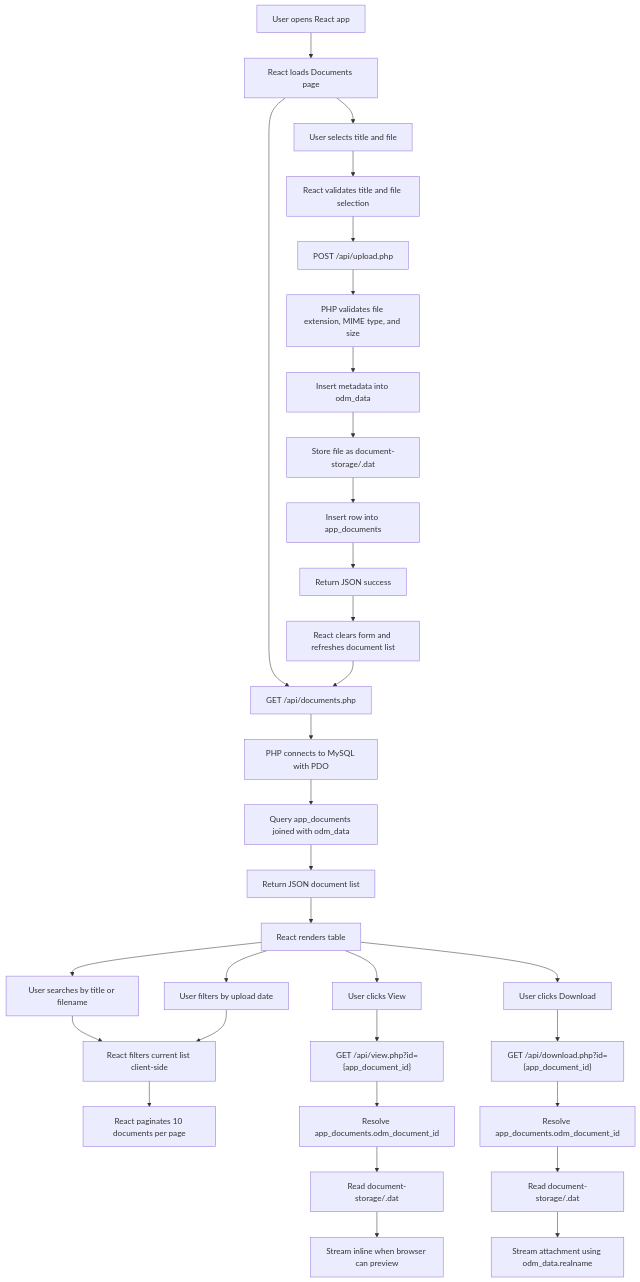
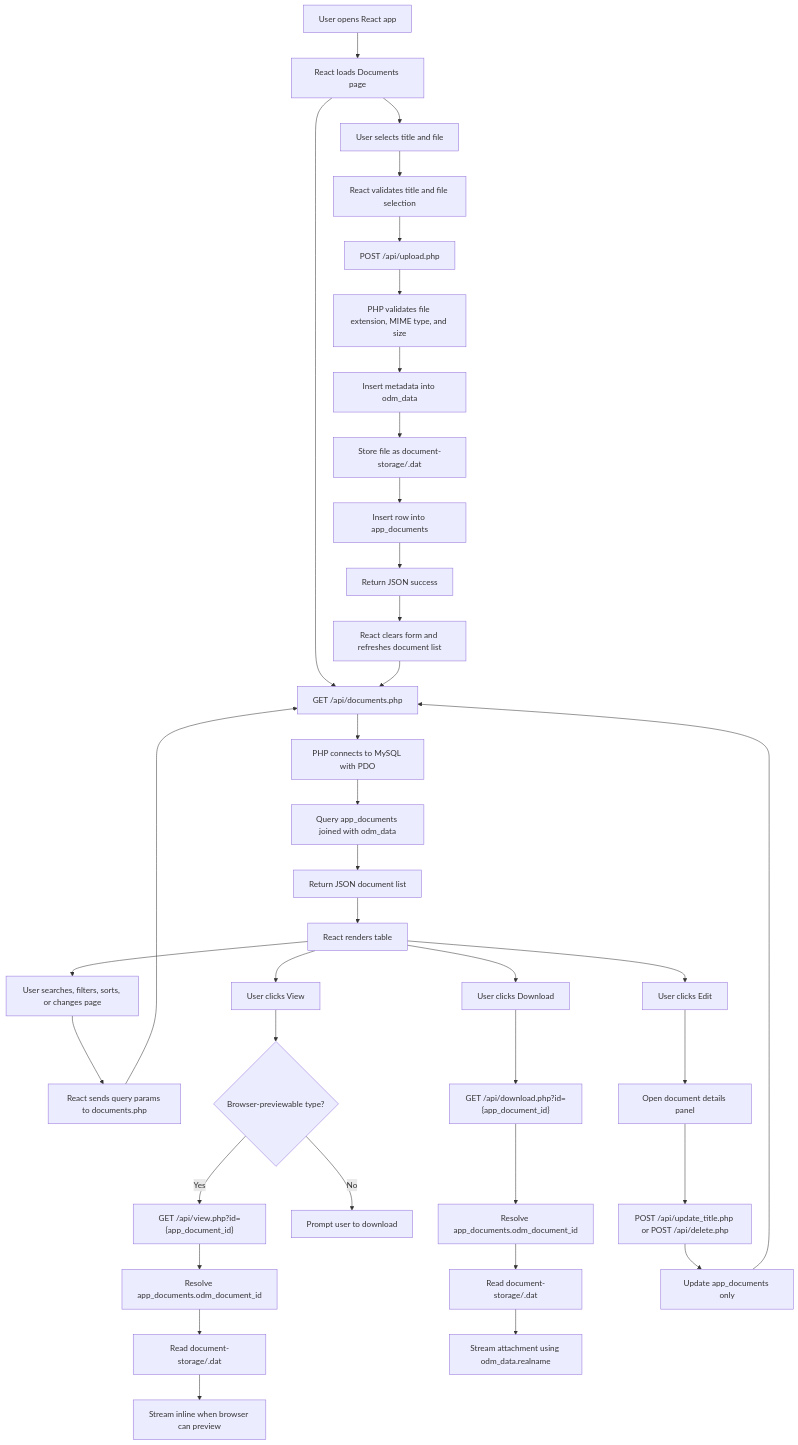
One commit to debarshiputatunda/Document-Manager-using-opendocman changed the diagram in DOCUMENTATION.md. Above: the diagram before and after it, drawn with Mermaid. The commit also changed other lines of this file and 21 other files, not shown here.

````diff
--- a/DOCUMENTATION.md
+++ b/DOCUMENTATION.md
@@ -284,39 +422,44 @@
 ```mermaid
 flowchart TD
     A["User opens React app"] --> B["React loads Documents page"]
     B --> C["GET /api/documents.php"]
     C --> D["PHP connects to MySQL with PDO"]
     D --> E["Query app_documents joined with odm_data"]
     E --> F["Return JSON document list"]
     F --> G["React renders table"]
 
-    G --> H["User searches by title or filename"]
-    H --> I["React filters current list client-side"]
-    I --> J["React paginates 10 documents per page"]
-
-    G --> K["User filters by upload date"]
-    K --> I
+    G --> H["User searches, filters, sorts, or changes page"]
+    H --> I["React sends query params to documents.php"]
+    I --> C
 
     G --> L["User clicks View"]
-    L --> M["GET /api/view.php?id={app_document_id}"]
+    L --> L1{"Browser-previewable type?"}
+    L1 -->|Yes| M["GET /api/view.php?id={app_document_id}"]
+    L1 -->|No| L2["Prompt user to download"]
     M --> N["Resolve app_documents.odm_document_id"]
-    N --> O["Read document-storage/<odm_id>.dat"]
+    N --> O["Read document-storage/<odm_document_id>.dat"]
     O --> P["Stream inline when browser can preview"]
 
     G --> Q["User clicks Download"]
     Q --> R["GET /api/download.php?id={app_document_id}"]
     R --> S["Resolve app_documents.odm_document_id"]
-    S --> T["Read document-storage/<odm_id>.dat"]
+    S --> T["Read document-storage/<odm_document_id>.dat"]
     T --> U["Stream attachment using odm_data.realname"]
 
     B --> V["User selects title and file"]
     V --> W["React validates title and file selection"]
     W --> X["POST /api/upload.php"]
     X --> Y["PHP validates file extension, MIME type, and size"]
     Y --> Z["Insert metadata into odm_data"]
     Z --> AA["Store file as document-storage/<odm_data.id>.dat"]
     AA --> AB["Insert row into app_documents"]
     AB --> AC["Return JSON success"]
     AC --> AD["React clears form and refreshes document list"]
     AD --> C
+
+    G --> AE["User clicks Edit"]
+    AE --> AF["Open document details panel"]
+    AF --> AG["POST /api/update_title.php or POST /api/delete.php"]
+    AG --> AH["Update app_documents only"]
+    AH --> C
 ```
````
